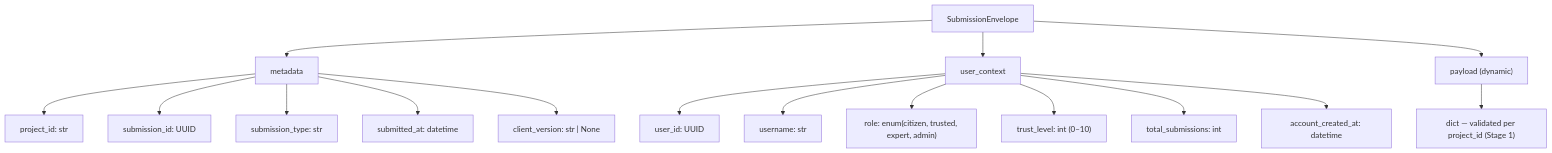
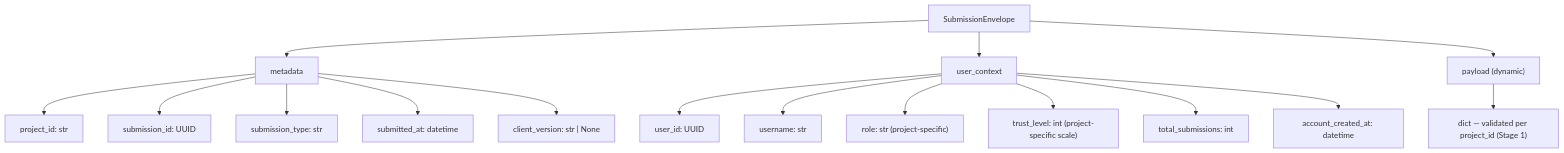
Before and after one commit to leyyce/winnow: the first of 3 diagrams in docs/architecture/03_api_contracts.md, drawn with Mermaid. The commit also changed other lines of this file and 2 other files, not shown here.

Commit message:
Added new envelope and result schemas

````diff
--- a/docs/architecture/03_api_contracts.md
+++ b/docs/architecture/03_api_contracts.md
@@ -98,26 +98,26 @@
 ```mermaid
 graph TD
     E["SubmissionEnvelope"]
     M["metadata"]
     U["user_context"]
     P["payload (dynamic)"]
 
     E --> M
     E --> U
     E --> P
 
     M --> M1["project_id: str"]
     M --> M2["submission_id: UUID"]
     M --> M3["submission_type: str"]
     M --> M4["submitted_at: datetime"]
     M --> M5["client_version: str | None"]
 
     U --> U1["user_id: UUID"]
     U --> U2["username: str"]
-    U --> U3["role: enum(citizen, trusted, expert, admin)"]
-    U --> U4["trust_level: int (0–10)"]
+    U --> U3["role: str (project-specific)"]
+    U --> U4["trust_level: int (project-specific scale)"]
     U --> U5["total_submissions: int"]
     U --> U6["account_created_at: datetime"]
 
     P --> P1["dict — validated per project_id (Stage 1)"]
 ```
````
